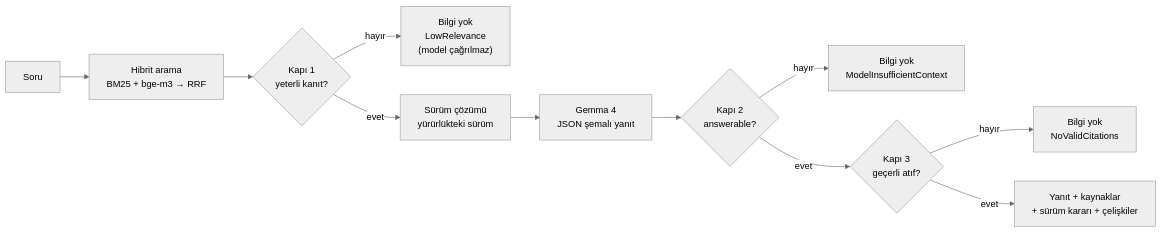
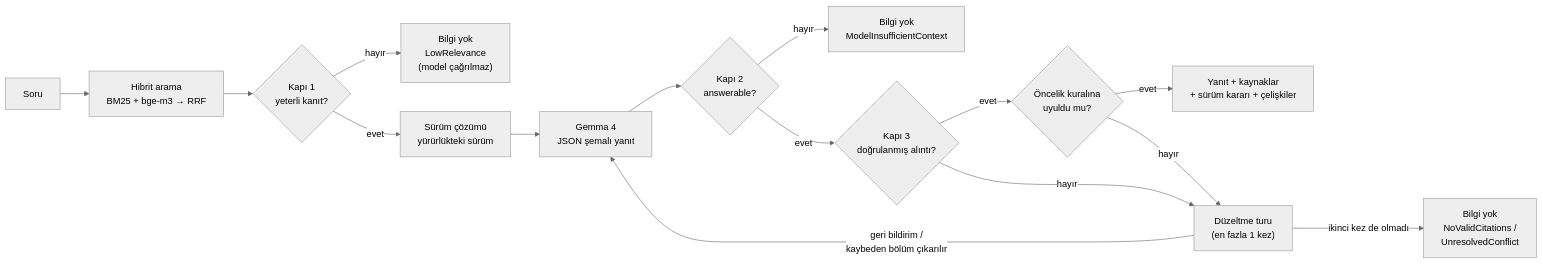
The diagram in README.md (Burak-Ibrahim-Unal/LLMExampleWithNet), drawn with Mermaid (neutral theme) before and after one commit. The commit also changed other lines of this file and 8 other files, not shown here.

````diff
--- a/README.md
+++ b/README.md
@@ -247,13 +259,17 @@
 ```mermaid
 flowchart LR
     Q[Soru] --> S["Hibrit arama<br/>BM25 + bge-m3 → RRF"]
     S --> G1{"Kapı 1<br/>yeterli kanıt?"}
     G1 -- hayır --> R1["Bilgi yok<br/>LowRelevance<br/>(model çağrılmaz)"]
     G1 -- evet --> V["Sürüm çözümü<br/>yürürlükteki sürüm"]
     V --> L["Gemma 4<br/>JSON şemalı yanıt"]
     L --> G2{"Kapı 2<br/>answerable?"}
     G2 -- hayır --> R2["Bilgi yok<br/>ModelInsufficientContext"]
-    G2 -- evet --> G3{"Kapı 3<br/>geçerli atıf?"}
-    G3 -- hayır --> R3["Bilgi yok<br/>NoValidCitations"]
-    G3 -- evet --> A["Yanıt + kaynaklar<br/>+ sürüm kararı + çelişkiler"]
+    G2 -- evet --> G3{"Kapı 3<br/>doğrulanmış alıntı?"}
+    G3 -- evet --> P{"Öncelik kuralına<br/>uyuldu mu?"}
+    P -- evet --> A["Yanıt + kaynaklar<br/>+ sürüm kararı + çelişkiler"]
+    G3 -- hayır --> F["Düzeltme turu<br/>(en fazla 1 kez)"]
+    P -- hayır --> F
+    F -- "geri bildirim /<br/>kaybeden bölüm çıkarılır" --> L
+    F -- "ikinci kez de olmadı" --> R3["Bilgi yok<br/>NoValidCitations /<br/>UnresolvedConflict"]
 ```
````
